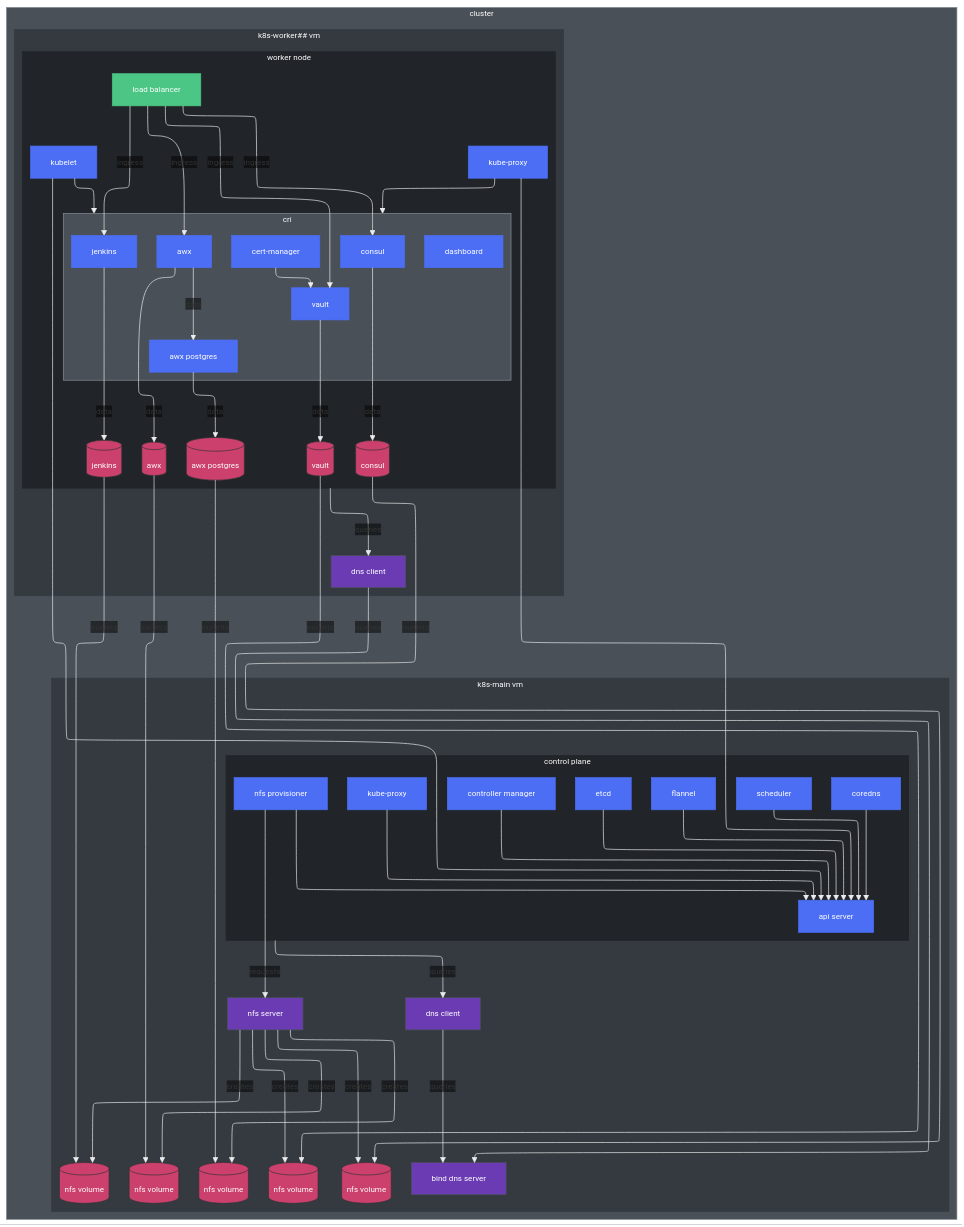
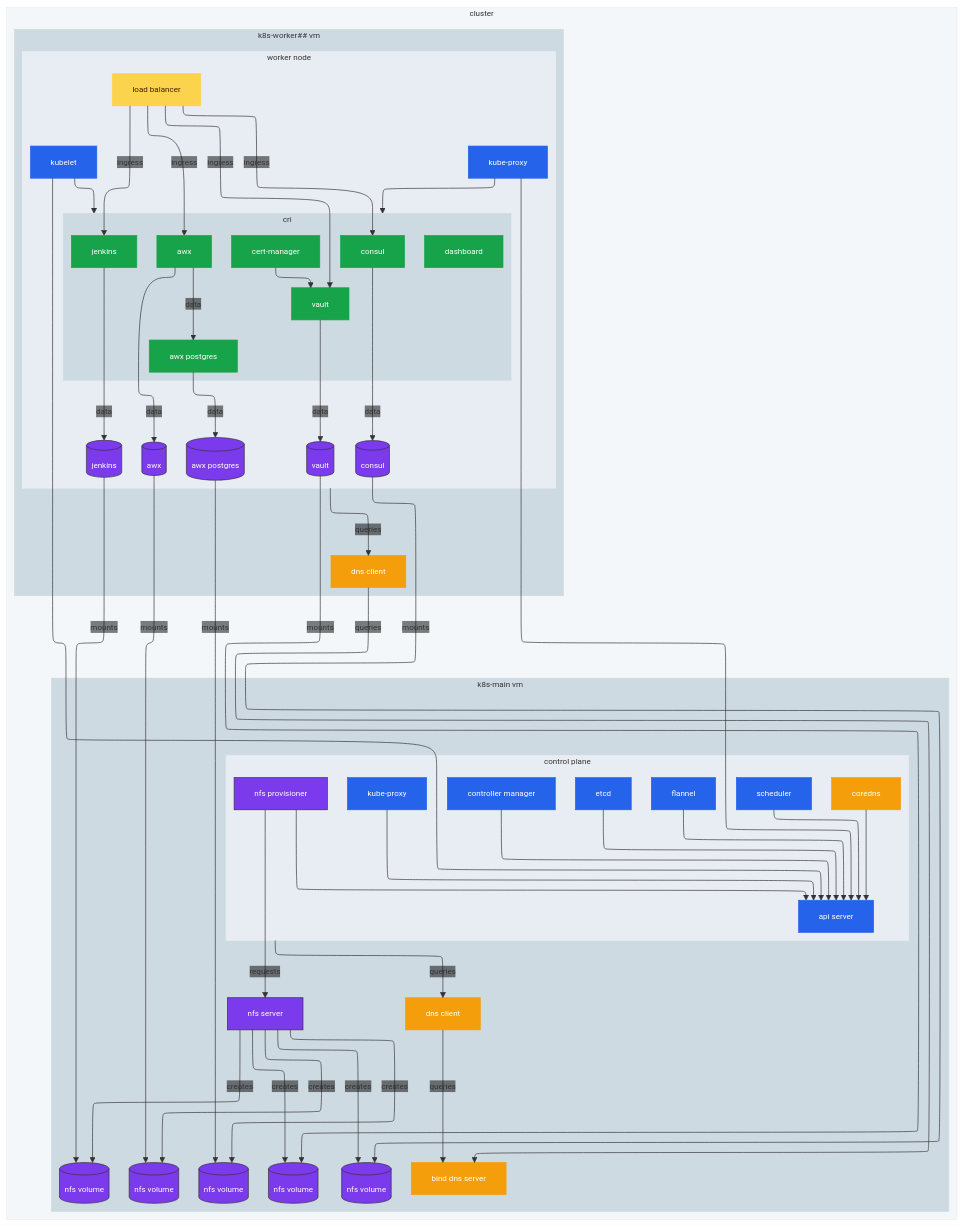
Before and after one commit to jaredmmartin/kubernetes-lab: the diagram in README.md, drawn with Mermaid.

```diff
--- a/README.md
+++ b/README.md
@@ -12,7 +12,7 @@
   themeVariables:
     fontFamily: 'monospace'
     fontSize: '12px'
-    lineColor: '#ededed'
+    lineColor: '#333'
     edgeLabelBackground: 'transparent'
 ---
 flowchart
@@ -23,30 +23,30 @@
             %% Control plane
             subgraph node_control_plane_01 ["control plane"]
                 %% Services
-                service_apiserver["api server"]:::service
-                service_controller_manager["controller manager"]:::service
-                service_coredns["coredns"]:::service
-                service_etcd["etcd"]:::service
-                service_flannel["flannel"]:::service
-                service_proxy["kube-proxy"]:::service
-                service_scheduler["scheduler"]:::service
-                service_nfs_provisioner["nfs provisioner"]:::service
+                service_apiserver["api server"]:::system
+                service_controller_manager["controller manager"]:::system
+                service_coredns["coredns"]:::dns
+                service_etcd["etcd"]:::system
+                service_flannel["flannel"]:::system
+                service_proxy["kube-proxy"]:::system
+                service_scheduler["scheduler"]:::system
+                service_nfs_provisioner["nfs provisioner"]:::storage
 
                 %% Node links
                 service_controller_manager & service_coredns & service_etcd & service_flannel & service_proxy & service_scheduler & service_nfs_provisioner --> service_apiserver
             end
 
             %% Services
-            service_dns_client["dns client"]:::os
-            service_bind["bind dns server"]:::os
-            service_nfs_server["nfs server"]:::os
+            service_dns_client["dns client"]:::dns
+            service_bind["bind dns server"]:::dns
+            service_nfs_server["nfs server"]:::storage
 
             %% Persistent volumes
-            volume_nfs_1[("nfs volume")]:::volume
-            volume_nfs_2[("nfs volume")]:::volume
-            volume_nfs_3[("nfs volume")]:::volume
-            volume_nfs_4[("nfs volume")]:::volume
-            volume_nfs_5[("nfs volume")]:::volume
+            volume_nfs_1[("nfs volume")]:::storage
+            volume_nfs_2[("nfs volume")]:::storage
+            volume_nfs_3[("nfs volume")]:::storage
+            volume_nfs_4[("nfs volume")]:::storage
+            volume_nfs_5[("nfs volume")]:::storage
 
             %% Node links
             node_control_plane_01 --queries--> service_dns_client
@@ -58,7 +58,7 @@
         %% Worker node
         subgraph vm_worker_1 ["k8s-worker## vm"]
             %% Services
-            service_dns_client_1["dns client"]:::os
+            service_dns_client_1["dns client"]:::dns
             
             %% Node links
             service_dns_client_1 --queries--> service_bind
@@ -67,8 +67,8 @@
             %% Worker
             subgraph node_worker_1 ["worker node"]
                 %% Services
-                service_kubelet_1["kubelet"]:::service
-                service_kubeproxy_1["kube-proxy"]:::service
+                service_kubelet_1["kubelet"]:::system
+                service_kubeproxy_1["kube-proxy"]:::system
                 service_load_balancer_1["load balancer"]:::load_balancer
                 
                 subgraph node_worker_cri_1 ["cri"]
@@ -87,11 +87,11 @@
                 end
 
                 %% Persistent volumes
-                pv_awx_1[("awx")]:::volume
-                pv_awx_postgres_1[("awx postgres")]:::volume
-                pv_consul_1[("consul")]:::volume
-                pv_jenkins_1[("jenkins")]:::volume
-                pv_vault_1[("vault")]:::volume
+                pv_awx_1[("awx")]:::storage
+                pv_awx_postgres_1[("awx postgres")]:::storage
+                pv_consul_1[("consul")]:::storage
+                pv_jenkins_1[("jenkins")]:::storage
+                pv_vault_1[("vault")]:::storage
 
                 %% Node links
                 service_kubelet_1 & service_kubeproxy_1 --> node_worker_cri_1
@@ -112,17 +112,19 @@
         end
     end
 
-    %% Node styles
-    %%classDef os fill:#4bbbc3,stroke:#495057,stroke-width:1px,color:#fff
-    classDef cluster fill:#495057,stroke:#868e96,stroke-width:1px,color:#fff
-    classDef host fill:#343a40,stroke:#343a40,stroke-width:1px,color:#fff
-    classDef node fill:#212529,stroke:#212529,stroke-width:1px,color:#fff
-    classDef load_balancer fill:#4bc685,stroke:#4bc685,stroke-width:1px,color:#fff
-    classDef os fill:#6b3bb4,stroke:#495057,stroke-width:1px,color:#fff
-    classDef other fill:#4f87a0,stroke:#868e96,stroke-width:1px,color:#fff
-    classDef service fill:#4c6ef5,stroke:#4c6ef5,stroke-width:1px,color:#fff
-    classDef system fill:#37b24d,stroke:#495057,stroke-width:1px,color:#fff
-    classDef volume fill:#cb406c,stroke:#333,stroke-width:1px,color:#fff
+    %% node styles
+    classDef cluster fill:#f4f7fa,stroke:#ededed,stroke-width:1px,color:#333
+    classDef host fill:#cedae2,stroke:#cedae2,stroke-width:1px,color:#333
+    classDef node fill:#e8edf3,stroke:#e8edf3,stroke-width:1px,color:#333
+    classDef cri fill:#cedae2,stroke:#cedae2,stroke-width:1px,color:#333
+
+    classDef dns fill:#f59e0b,stroke:#f59e0b,stroke-width:1px,color:#fff
+    classDef load_balancer fill:#fcd34d,stroke:#fcd34d,stroke-width:1px,color:#422006
+    classDef os fill:#5b21b6,stroke:#5b21b6,stroke-width:1px,color:#fff
+    classDef other fill:#4f87a0,stroke:#4f87a0,stroke-width:1px,color:#fff
+    classDef service fill:#16a34a,stroke:#16a34a,stroke-width:1px,color:#fff
+    classDef system fill:#2563eb,stroke:#2563eb,stroke-width:1px,color:#fff
+    classDef storage fill:#7c3aed,stroke:#333333,stroke-width:1px,color:#fff
 
     %%cb406c
     %% Assign group styles
@@ -131,6 +133,7 @@
     node_control_plane_01:::node
     node_worker_1:::node
     cluster:::cluster
+    node_worker_cri_1:::cri
 
     %% Link styles
     classDef animate_fast stroke-dasharray: 7,1,stroke-dashoffset: 500,animation: dash 45s linear infinite
```
